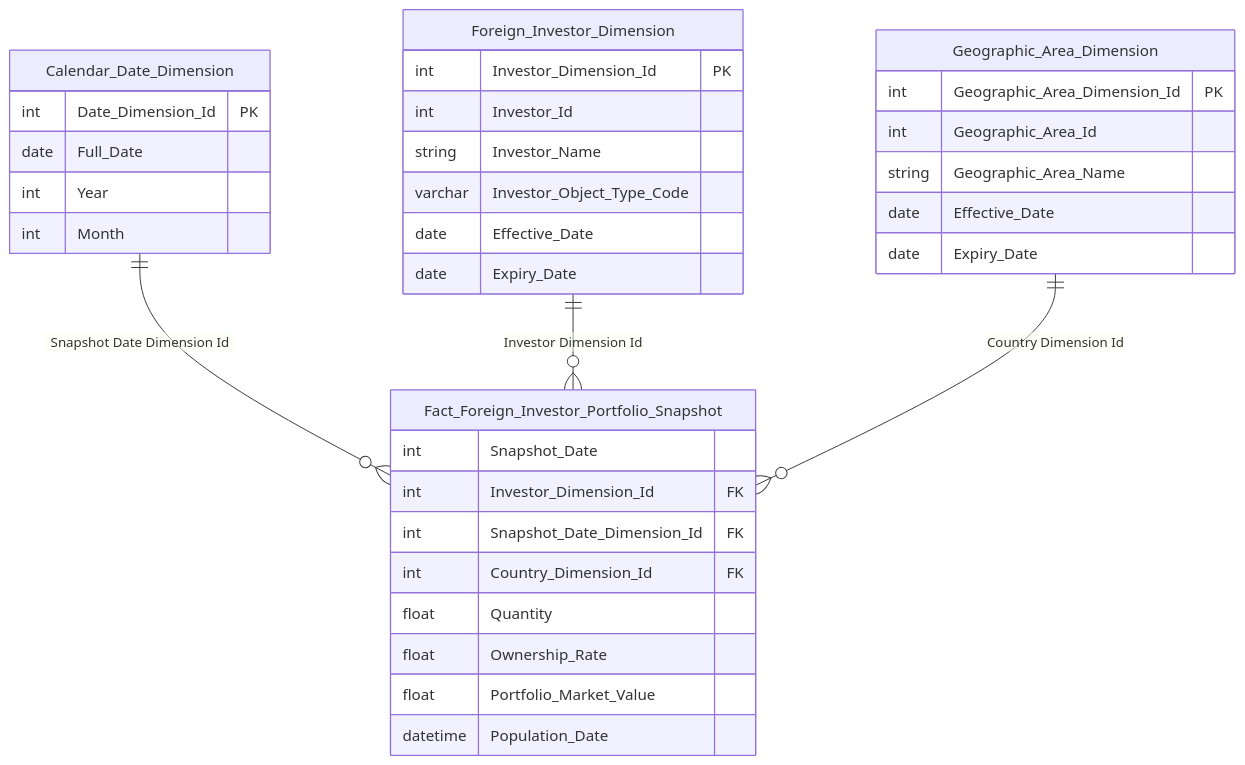
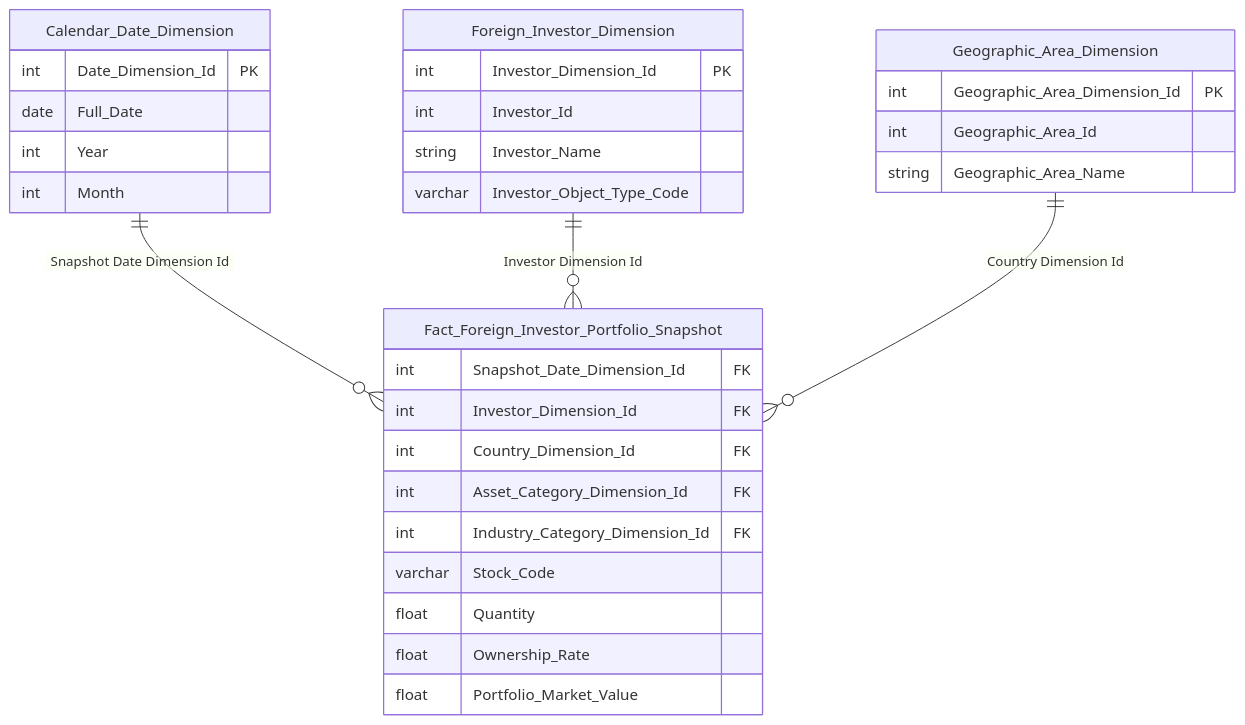
One commit to linhlvit/ubck_atomic_design changed diagram 14 of 34 in Datamart/hld/DTM_NDTNN_HLD.md. Above: the diagram before and after it, drawn with Mermaid. The commit also changed other lines of this file and 10 other files, not shown here.

````diff
--- a/Datamart/hld/DTM_NDTNN_HLD.md
+++ b/Datamart/hld/DTM_NDTNN_HLD.md
@@ -715,38 +686,35 @@
 ```mermaid
 erDiagram
     Calendar_Date_Dimension {
         int Date_Dimension_Id PK
         date Full_Date
         int Year
         int Month
     }
     Foreign_Investor_Dimension {
         int Investor_Dimension_Id PK
         int Investor_Id
         string Investor_Name
         varchar Investor_Object_Type_Code
-        date Effective_Date
-        date Expiry_Date
     }
     Geographic_Area_Dimension {
         int Geographic_Area_Dimension_Id PK
         int Geographic_Area_Id
         string Geographic_Area_Name
-        date Effective_Date
-        date Expiry_Date
     }
     Fact_Foreign_Investor_Portfolio_Snapshot {
-        int Snapshot_Date
+        int Snapshot_Date_Dimension_Id FK
         int Investor_Dimension_Id FK
-        int Snapshot_Date_Dimension_Id FK
         int Country_Dimension_Id FK
+        int Asset_Category_Dimension_Id FK
+        int Industry_Category_Dimension_Id FK
+        varchar Stock_Code
         float Quantity
         float Ownership_Rate
         float Portfolio_Market_Value
-        datetime Population_Date
     }
 
     Calendar_Date_Dimension ||--o{ Fact_Foreign_Investor_Portfolio_Snapshot : "Snapshot Date Dimension Id"
     Foreign_Investor_Dimension ||--o{ Fact_Foreign_Investor_Portfolio_Snapshot : "Investor Dimension Id"
     Geographic_Area_Dimension ||--o{ Fact_Foreign_Investor_Portfolio_Snapshot : "Country Dimension Id"
 ```
````
